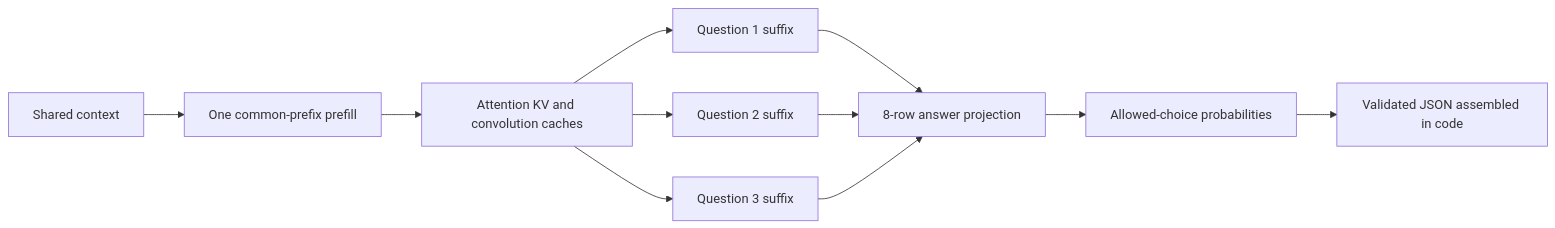
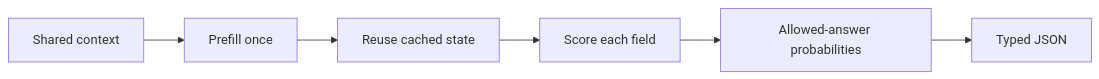
Before and after one commit to khalilelghoul01/decision-lab: the diagram in README.md, drawn with Mermaid. The commit also changed other lines of this file and 87 other files, not shown here.

````diff
--- a/README.md
+++ b/README.md
@@ -41,13 +20,8 @@
 ```mermaid
 flowchart LR
-    A[Shared context] --> B[One common-prefix prefill]
-    B --> C[Attention KV and convolution caches]
-    C --> D[Question 1 suffix]
-    C --> E[Question 2 suffix]
-    C --> F[Question 3 suffix]
-    D --> G[8-row answer projection]
-    E --> G
-    F --> G
-    G --> H[Allowed-choice probabilities]
-    H --> I[Validated JSON assembled in code]
+    A[Shared context] --> B[Prefill once]
+    B --> C[Reuse cached state]
+    C --> D[Score each field]
+    D --> E[Allowed-answer probabilities]
+    E --> F[Typed JSON]
 ```
````
